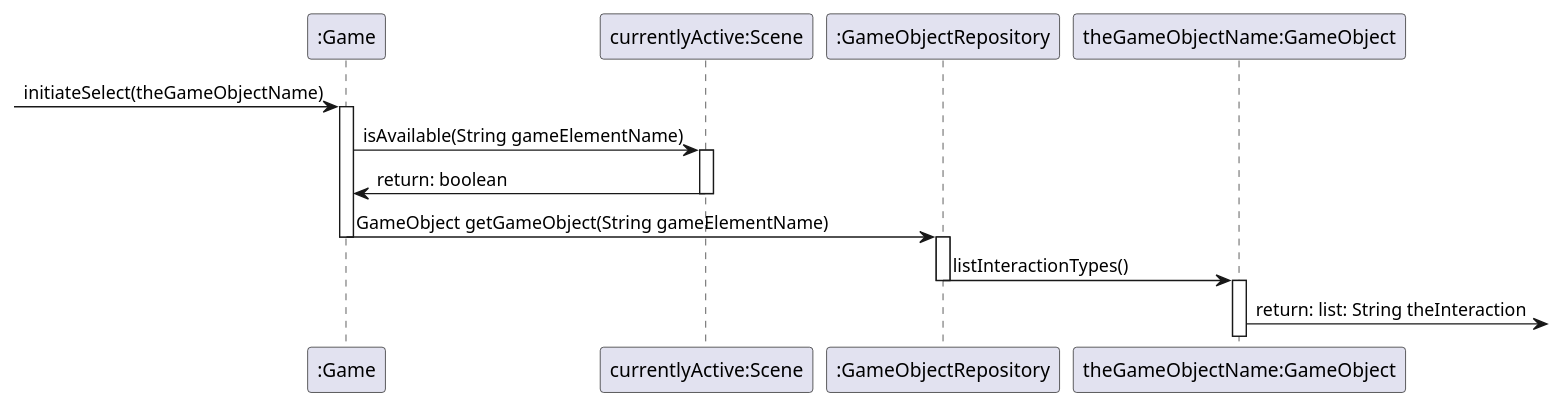
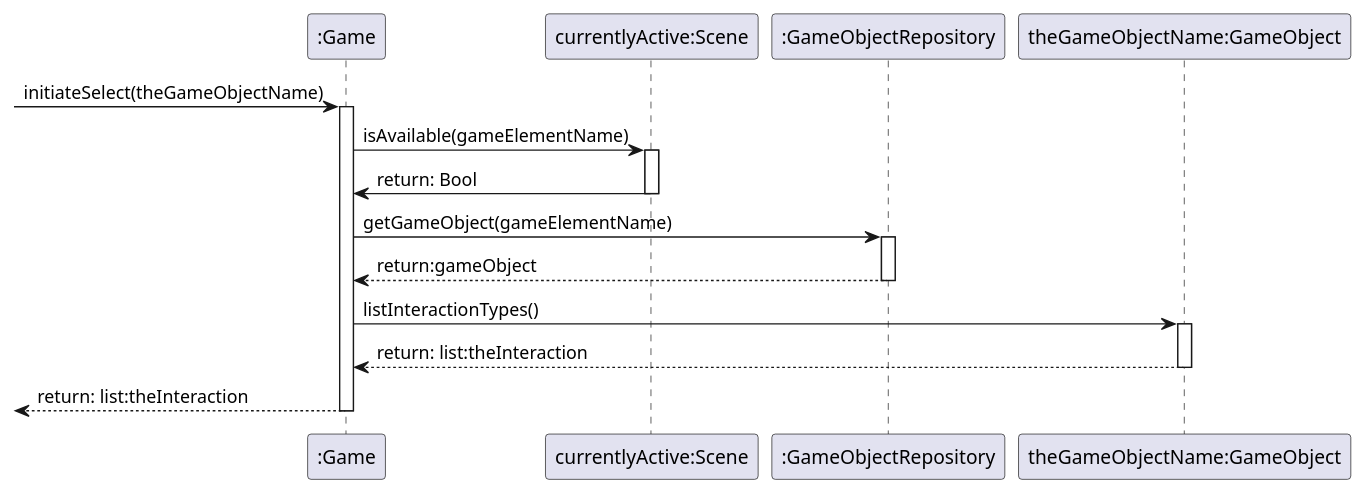
The diagram in selectGameObject.plantuml (EdvinKristiansson/PA1459), drawn with PlantUML before and after one commit. The commit also changed 5 other files, not shown here.

```diff
--- a/selectGameObject.plantuml
+++ b/selectGameObject.plantuml
@@ -1,23 +1,26 @@
 @startuml
 
 participant ":Game" as gm
 participant "currentlyActive:Scene" as sc
 participant ":GameObjectRepository" as ga
 participant "theGameObjectName:GameObject" as go
 
 
 -> gm : initiateSelect(theGameObjectName)
 activate gm
-gm -> sc :isAvailable(String gameElementName)
+gm -> sc :isAvailable(gameElementName)
 activate sc
-sc -> gm : return: boolean
+sc -> gm : return: Bool
 deactivate sc
-gm -> ga : GameObject getGameObject(String gameElementName)
+gm -> ga :getGameObject(gameElementName)
+activate ga
+ga --> gm : return:gameObject
+deactivate ga
+gm -> go : listInteractionTypes()
+activate go
+go --> gm : return: list:theInteraction
+deactivate go
+<-- gm : return: list:theInteraction
 deactivate gm
-activate ga
-ga -> go : listInteractionTypes()
-deactivate ga
-activate go
-go -> : return: list: String theInteraction
 
 @enduml
```
